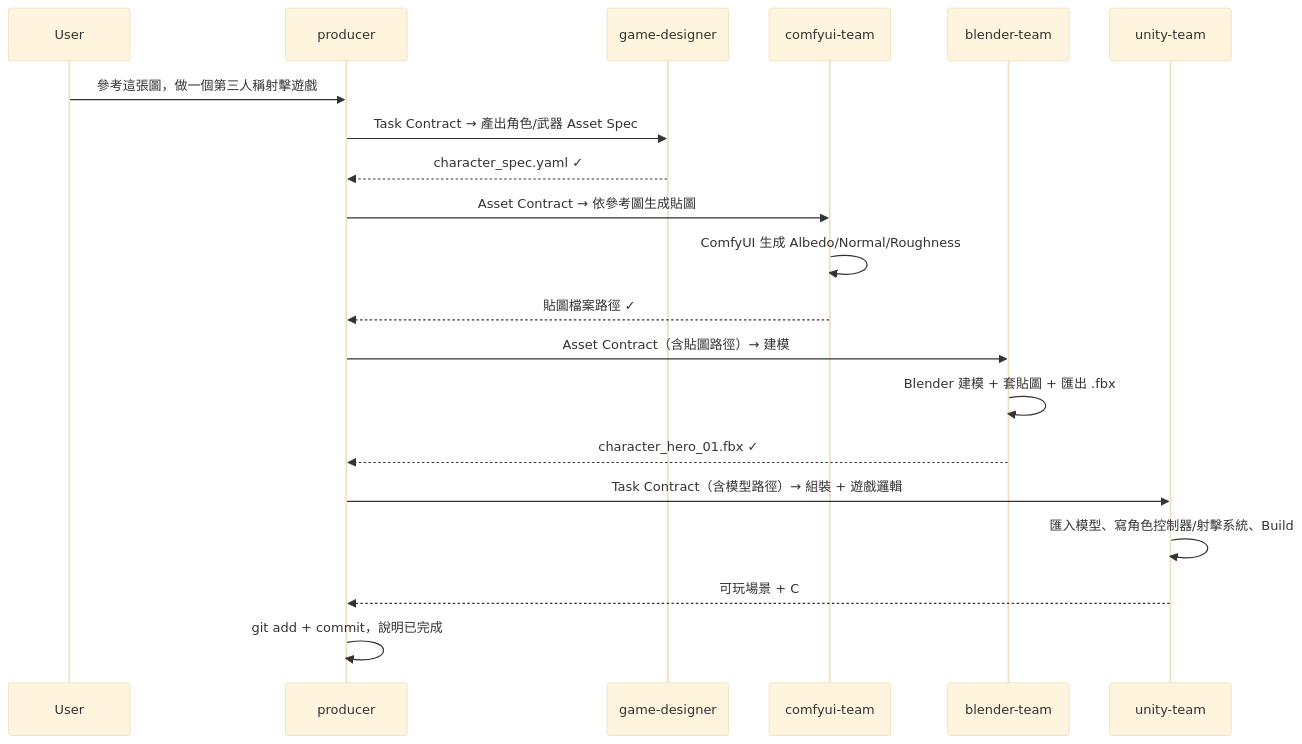
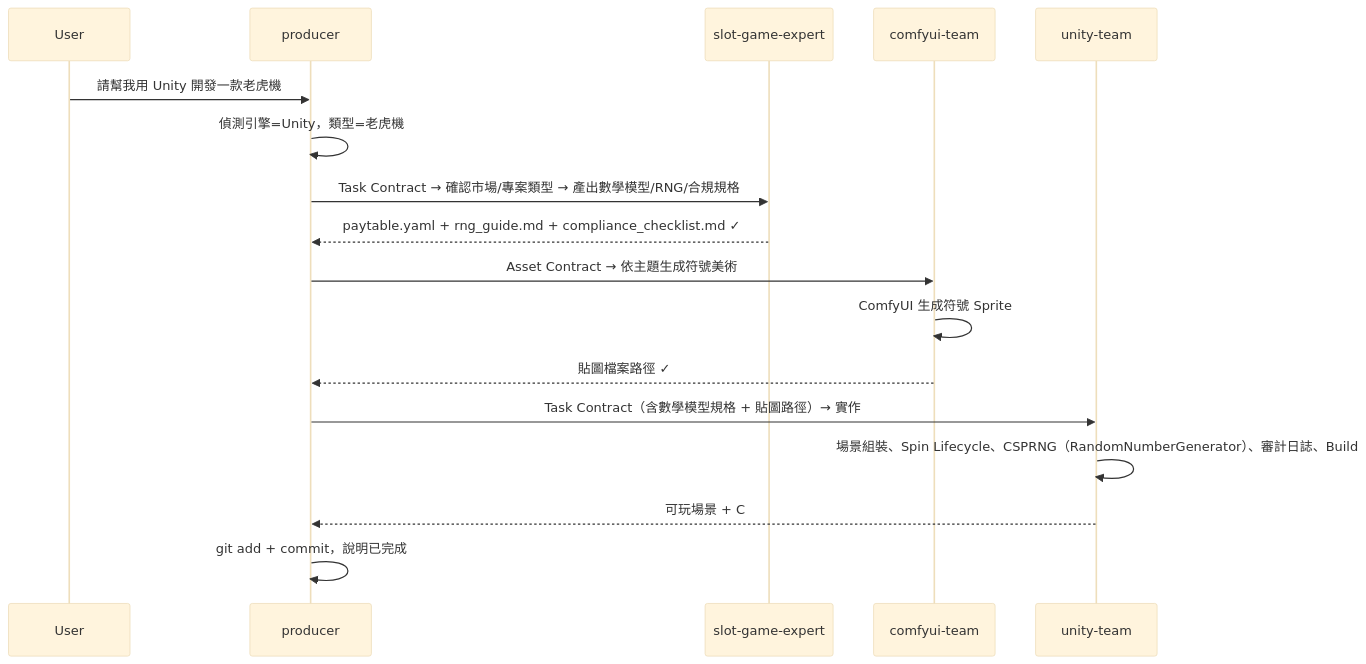
The tenth of 11 diagrams in README.md (hoycdanny/kiro-multi-agent-game-studio), drawn with Mermaid (base theme) before and after one commit. The commit also changed other lines of this file and 9 other files, not shown here.

````diff
--- a/README.md
+++ b/README.md
@@ -1091,23 +1413,20 @@
 ```mermaid
 sequenceDiagram
     participant User
     participant Producer as producer
-    participant GD as game-designer
+    participant SGE as slot-game-expert
     participant CT as comfyui-team
-    participant BT as blender-team
     participant UT as unity-team
 
-    User->>Producer: 參考這張圖，做一個第三人稱射擊遊戲
-    Producer->>GD: Task Contract → 產出角色/武器 Asset Spec
-    GD-->>Producer: character_spec.yaml ✓
-    Producer->>CT: Asset Contract → 依參考圖生成貼圖
-    CT->>CT: ComfyUI 生成 Albedo/Normal/Roughness
+    User->>Producer: 請幫我用 Unity 開發一款老虎機
+    Producer->>Producer: 偵測引擎=Unity，類型=老虎機
+    Producer->>SGE: Task Contract → 確認市場/專案類型 → 產出數學模型/RNG/合規規格
+    SGE-->>Producer: paytable.yaml + rng_guide.md + compliance_checklist.md ✓
+    Producer->>CT: Asset Contract → 依主題生成符號美術
+    CT->>CT: ComfyUI 生成符號 Sprite
     CT-->>Producer: 貼圖檔案路徑 ✓
-    Producer->>BT: Asset Contract（含貼圖路徑）→ 建模
-    BT->>BT: Blender 建模 + 套貼圖 + 匯出 .fbx
-    BT-->>Producer: character_hero_01.fbx ✓
-    Producer->>UT: Task Contract（含模型路徑）→ 組裝 + 遊戲邏輯
-    UT->>UT: 匯入模型、寫角色控制器/射擊系統、Build
+    Producer->>UT: Task Contract（含數學模型規格 + 貼圖路徑）→ 實作
+    UT->>UT: 場景組裝、Spin Lifecycle、CSPRNG（RandomNumberGenerator）、審計日誌、Build
     UT-->>Producer: 可玩場景 + C# 腳本 ✓
     Producer->>Producer: git add + commit，說明已完成
 ```
````
